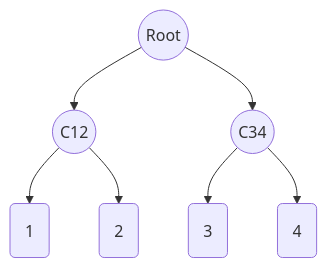
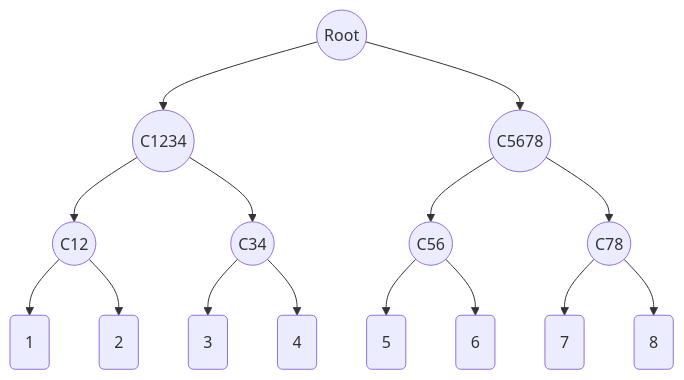
The diagram in README.md (Poseidon-ZKP/merkle-forest), drawn with Mermaid before and after one commit.

Commit message:
refine BT

````diff
--- a/README.md
+++ b/README.md
@@ -29,10 +29,11 @@
 ```mermaid
     graph TB;
-        R((Root))-->C12((C12))
-        R-->C34((C34));
-        C12-->L1(1)
-        C12-->L2(2)
-        C34-->L3(3)
-        C34-->L4(4)
+        R((Root))-->C1234 & C5678;
+        C1234((C1234)) --> C12((C12)) & C34((C34));
+        C5678((C5678)) --> C56((C56)) & C78((C78));
+        C12-->L1(1) & L2(2)
+        C34-->L3(3) & L4(4)
+        C56-->L5(5) & L6(6)
+        C78-->L7(7) & L8(8)
 
 ```
````
